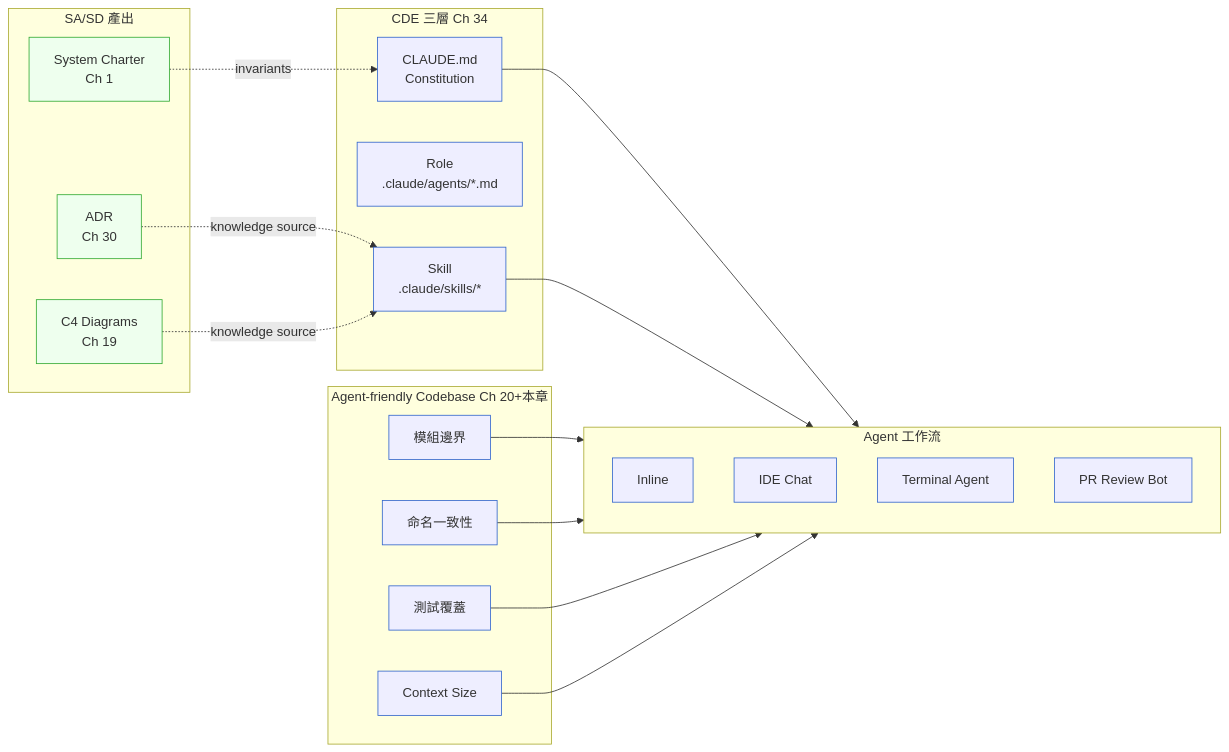
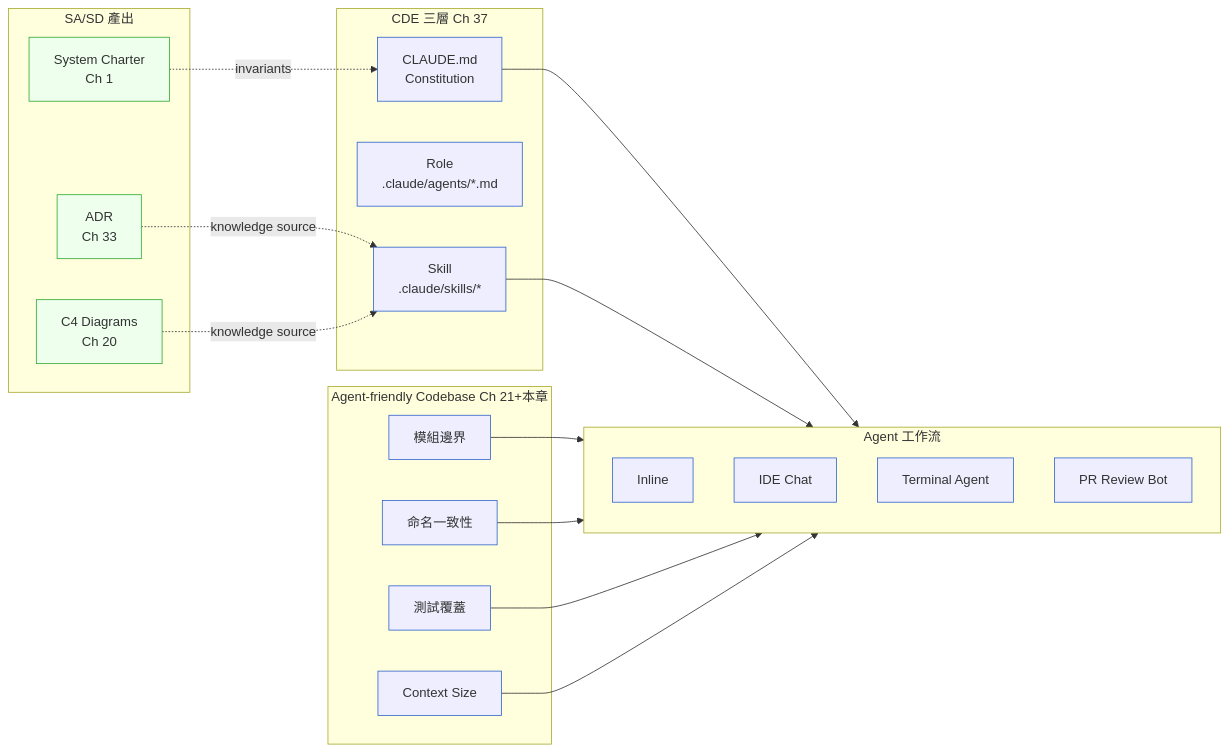
Before and after one commit to EddyKuo/sa-sd-playbook: the fourth of 4 diagrams in book/part-07-ai-era/ch-43-coding-agent.md, drawn with Mermaid. The commit also changed other lines of this file and 77 other files, not shown here.

````diff
--- a/book/part-07-ai-era/ch-43-coding-agent.md
+++ b/book/part-07-ai-era/ch-43-coding-agent.md
@@ -235,45 +235,45 @@
 ```mermaid
 flowchart LR
     subgraph SD[SA/SD 產出]
         Charter[System Charter<br/>Ch 1]
-        ADR[ADR<br/>Ch 30]
-        C4[C4 Diagrams<br/>Ch 19]
+        ADR[ADR<br/>Ch 33]
+        C4[C4 Diagrams<br/>Ch 20]
     end
 
-    subgraph CDE[CDE 三層 Ch 34]
+    subgraph CDE[CDE 三層 Ch 37]
         Const[CLAUDE.md<br/>Constitution]
         Role[Role<br/>.claude/agents/*.md]
         Skill[Skill<br/>.claude/skills/*]
     end
 
-    subgraph CB[Agent-friendly Codebase Ch 20+本章]
+    subgraph CB[Agent-friendly Codebase Ch 21+本章]
         Mod[模組邊界]
         Naming[命名一致性]
         Test[測試覆蓋]
         Ctx[Context Size]
     end
 
     subgraph AG[Agent 工作流]
         Inline[Inline]
         IDE[IDE Chat]
         Term[Terminal Agent]
         Bot[PR Review Bot]
     end
 
     Charter -.invariants.-> Const
     ADR -.knowledge source.-> Skill
     C4 -.knowledge source.-> Skill
     Const --> AG
     Skill --> AG
     Mod --> AG
     Naming --> AG
     Test --> AG
     Ctx --> AG
 
     classDef hot fill:#fee,stroke:#c33
     classDef cold fill:#eef,stroke:#36c
     classDef goal fill:#efe,stroke:#3a3
     class Charter,ADR,C4 goal
     class Const,Role,Skill,Mod,Naming,Test,Ctx cold
     class Inline,IDE,Term,Bot cold
 ```
````
